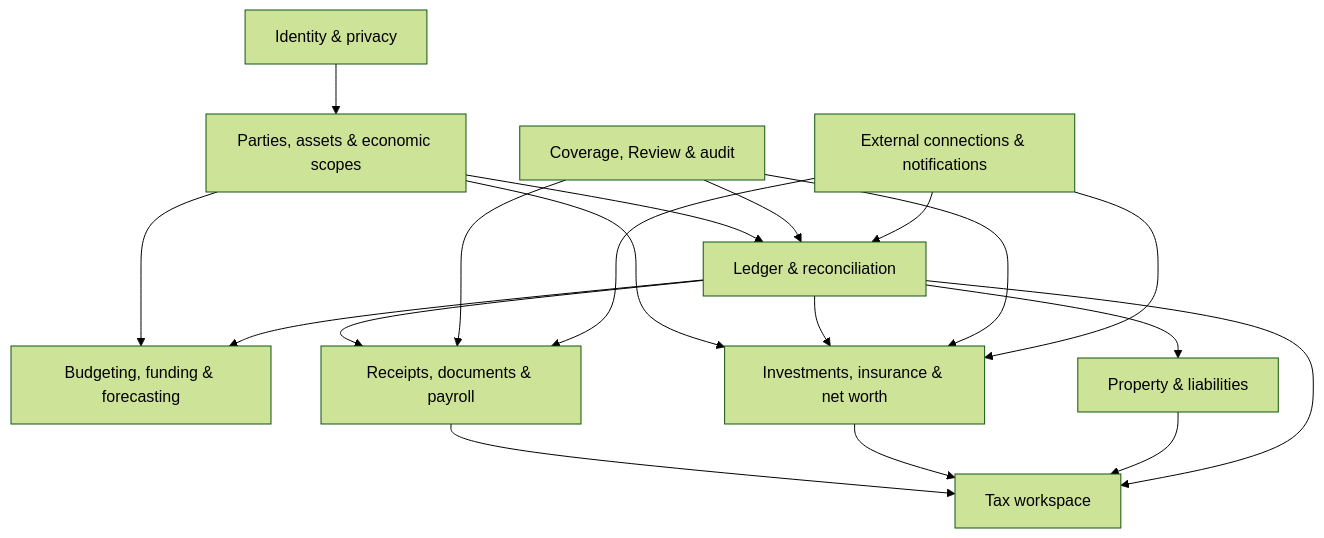
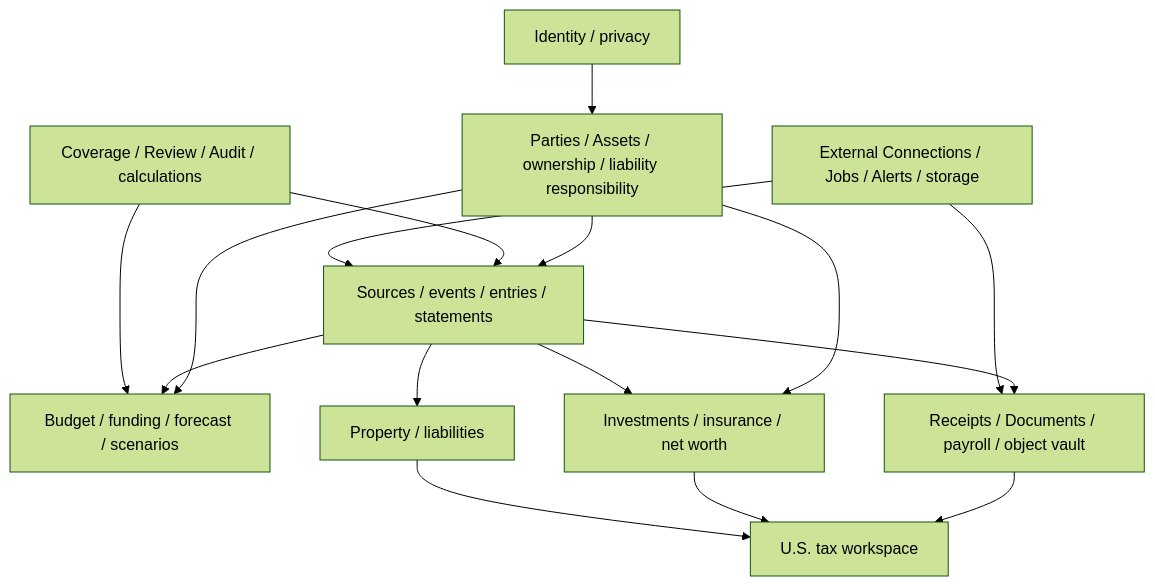
The diagram in docs/explanation/domain-model.md (blac9216/Pryvance), drawn with Mermaid (forest theme) before and after one commit. The commit also changed other lines of this file and 6 other files, not shown here.

Commit message:
docs: integrate storage, jobs and persistence hardening

````diff
--- a/docs/explanation/domain-model.md
+++ b/docs/explanation/domain-model.md
@@ -18,32 +22,29 @@
 ```mermaid
 flowchart TB
-    Identity[Identity & privacy]
-    Scope[Parties, assets & economic scopes]
-    Ledger[Ledger & reconciliation]
-    Planning[Budgeting, funding & forecasting]
-    Records[Receipts, documents & payroll]
-    Wealth[Investments, insurance & net worth]
-    Property[Property & liabilities]
-    Tax[Tax workspace]
-    Quality[Coverage, Review & audit]
-    Integrations[External connections & notifications]
+    Identity[Identity / privacy]
+    Scope[Parties / Assets / ownership / liability responsibility]
+    Ledger[Sources / events / entries / statements]
+    Planning[Budget / funding / forecast / scenarios]
+    Records[Receipts / Documents / payroll / object vault]
+    Wealth[Investments / insurance / net worth]
+    Property[Property / liabilities]
+    Tax[U.S. tax workspace]
+    Quality[Coverage / Review / Audit / calculations]
+    Ops[External Connections / Jobs / Alerts / storage]
 
     Identity --> Scope
     Scope --> Ledger
     Scope --> Planning
     Scope --> Wealth
     Ledger --> Planning
     Ledger --> Records
     Ledger --> Wealth
     Ledger --> Property
     Records --> Tax
     Wealth --> Tax
     Property --> Tax
-    Ledger --> Tax
     Quality --> Ledger
-    Quality --> Records
-    Quality --> Wealth
-    Integrations --> Ledger
-    Integrations --> Records
-    Integrations --> Wealth
+    Quality --> Planning
+    Ops --> Ledger
+    Ops --> Records
 ```
````
